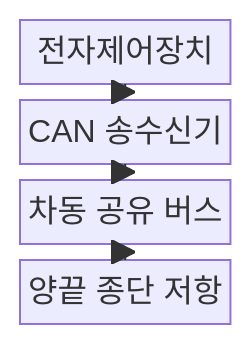
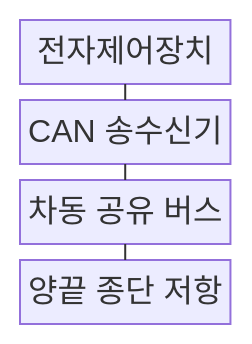
The first of 2 diagrams in src/content/docs/notes/04-network/081_can_bus.md (agnusdei1207/knowledge-base), drawn with Mermaid before and after one commit. The commit also changed other lines of this file and 493 other files, not shown here.

````diff
--- a/src/content/docs/notes/04-network/081_can_bus.md
+++ b/src/content/docs/notes/04-network/081_can_bus.md
@@ -67,11 +67,11 @@
 ```mermaid
 block-beta
     columns 1
     ECU["전자제어장치"]
     TRANSCEIVER["CAN 송수신기"]
     BUS["차동 공유 버스"]
     TERM["양끝 종단 저항"]
-    ECU --> TRANSCEIVER
-    TRANSCEIVER --> BUS
-    TERM --> BUS
+    ECU --- TRANSCEIVER
+    TRANSCEIVER --- BUS
+    TERM --- BUS
 ```
````
